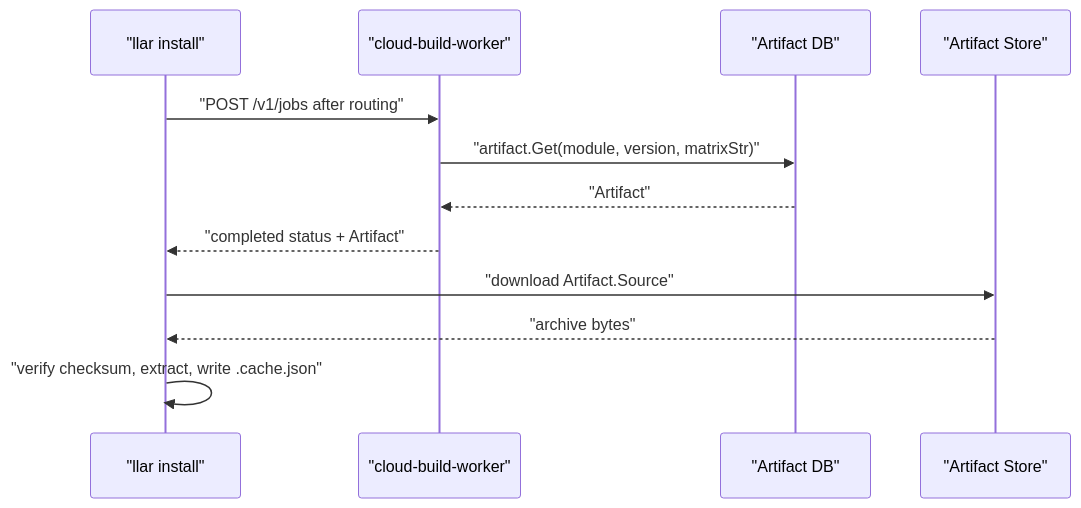
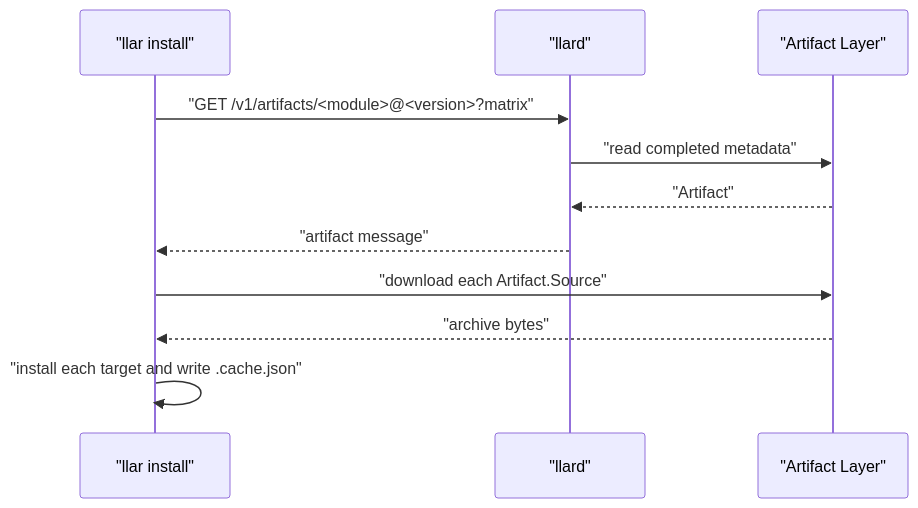
One commit to MeteorsLiu/llar changed the second of 6 diagrams in docs/superpowers/specs/2026-06-08-cloud-build-worker-architecture.md. Above: the diagram before and after it, drawn with Mermaid. The commit also changed other lines of this file and 4 other files, not shown here.

````diff
--- a/docs/superpowers/specs/2026-06-08-cloud-build-worker-architecture.md
+++ b/docs/superpowers/specs/2026-06-08-cloud-build-worker-architecture.md
@@ -410,15 +413,14 @@
 ```mermaid
 sequenceDiagram
   participant Client as "llar install"
-  participant Worker as "cloud-build-worker"
-  participant DB as "Artifact DB"
-  participant Store as "Artifact Store"
+  participant Llard as "llard"
+  participant Artifact as "Artifact Layer"
 
-  Client->>Worker: "POST /v1/jobs after routing"
-  Worker->>DB: "artifact.Get(module, version, matrixStr)"
-  DB-->>Worker: "Artifact"
-  Worker-->>Client: "completed status + Artifact"
-  Client->>Store: "download Artifact.Source"
-  Store-->>Client: "archive bytes"
-  Client->>Client: "verify checksum, extract, write .cache.json"
+  Client->>Llard: "GET /v1/artifacts/<module>@<version>?matrix"
+  Llard->>Artifact: "read completed metadata"
+  Artifact-->>Llard: "Artifact"
+  Llard-->>Client: "artifact message"
+  Client->>Artifact: "download each Artifact.Source"
+  Artifact-->>Client: "archive bytes"
+  Client->>Client: "install each target and write .cache.json"
 ```
````
